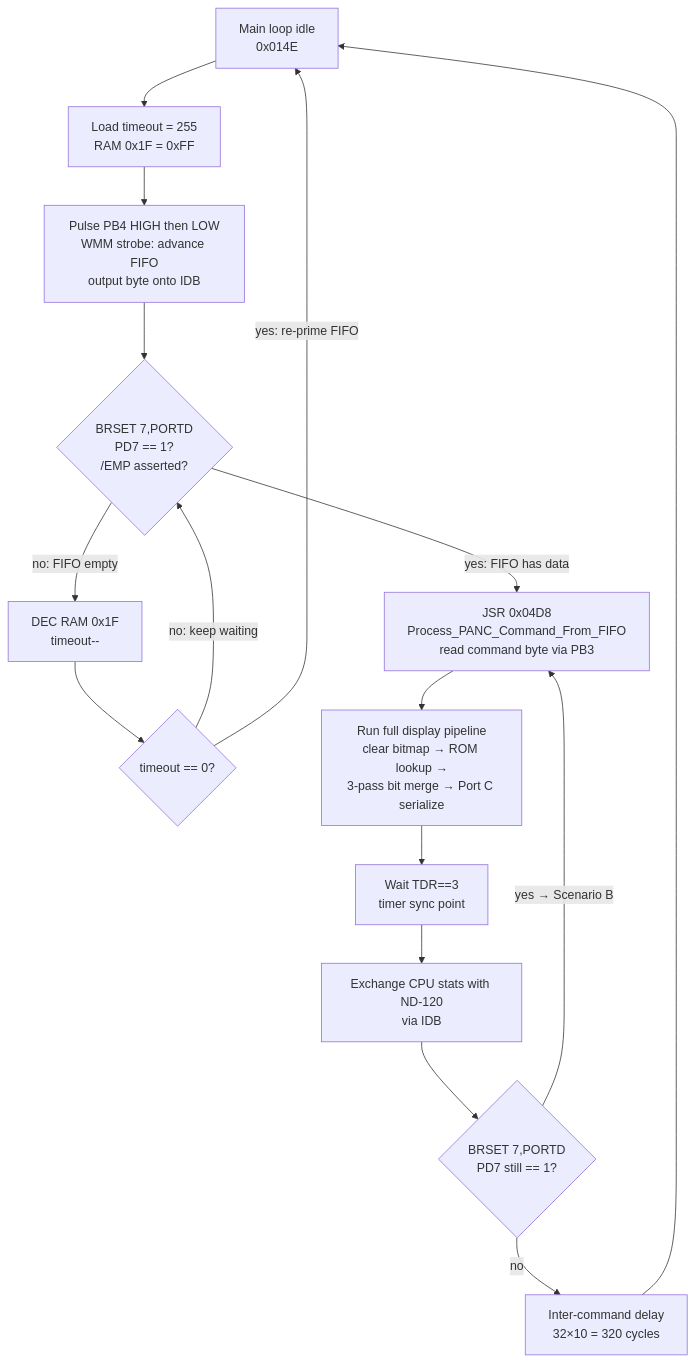
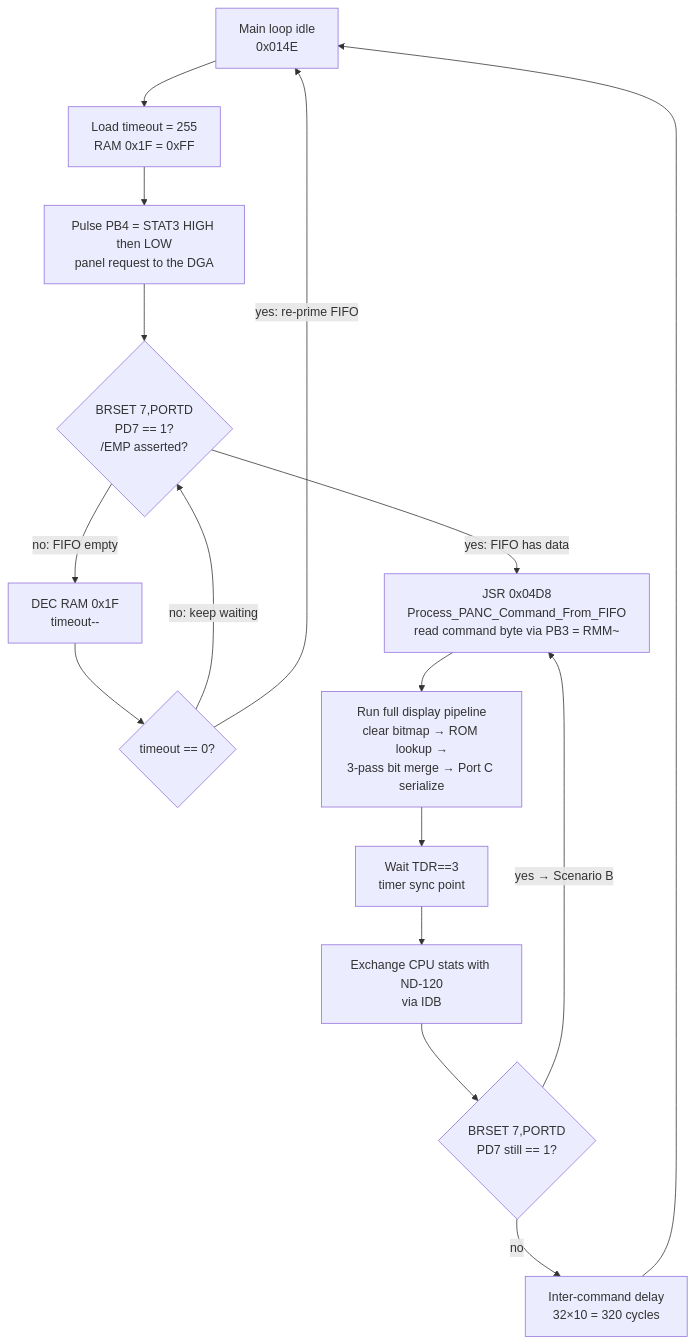
Before and after one commit to RonnyA/nd-120: the third of 9 diagrams in Code/68705/U3/U3-COMPLETE.MD, drawn with Mermaid. The commit also changed other lines of this file and 327 other files, not shown here.

````diff
--- a/Code/68705/U3/U3-COMPLETE.MD
+++ b/Code/68705/U3/U3-COMPLETE.MD
@@ -219,18 +220,18 @@
 ```mermaid
 flowchart TD
     IDLE[Main loop idle\n0x014E] --> T[Load timeout = 255\nRAM 0x1F = 0xFF]
-    T --> P4[Pulse PB4 HIGH then LOW\nWMM strobe: advance FIFO\noutput byte onto IDB]
+    T --> P4[Pulse PB4 = STAT3 HIGH then LOW\npanel request to the DGA]
     P4 --> CHK{BRSET 7,PORTD\nPD7 == 1?\n/EMP asserted?}
     CHK -->|no: FIFO empty| DEC[DEC RAM 0x1F\ntimeout--]
     DEC --> ZRO{timeout == 0?}
     ZRO -->|no: keep waiting| CHK
     ZRO -->|yes: re-prime FIFO| IDLE
-    CHK -->|yes: FIFO has data| CMD[JSR 0x04D8\nProcess_PANC_Command_From_FIFO\nread command byte via PB3]
+    CHK -->|yes: FIFO has data| CMD[JSR 0x04D8\nProcess_PANC_Command_From_FIFO\nread command byte via PB3 = RMM~]
     CMD --> DISP[Run full display pipeline\nclear bitmap → ROM lookup →\n3-pass bit merge → Port C serialize]
     DISP --> SYNC[Wait TDR==3\ntimer sync point]
     SYNC --> XCHG[Exchange CPU stats with ND-120\nvia IDB]
     XCHG --> EMP2{BRSET 7,PORTD\nPD7 still == 1?}
     EMP2 -->|yes → Scenario B| CMD
     EMP2 -->|no| DLY[Inter-command delay\n32×10 = 320 cycles]
     DLY --> IDLE
 ```
````
